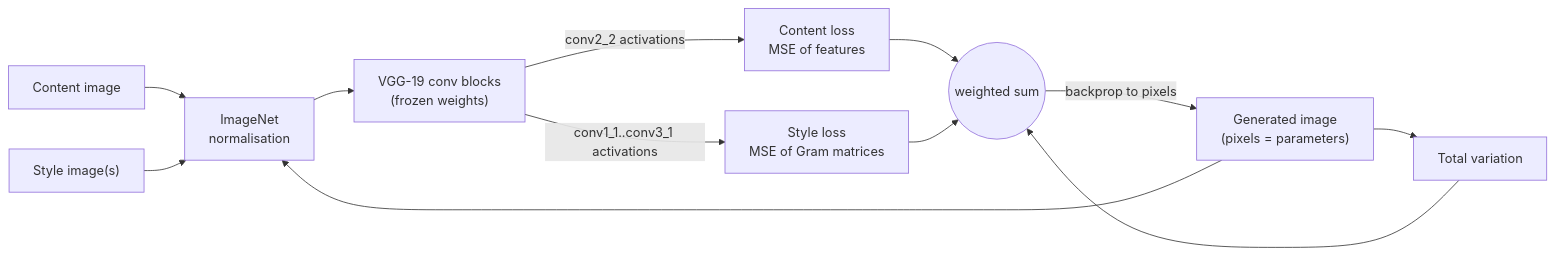
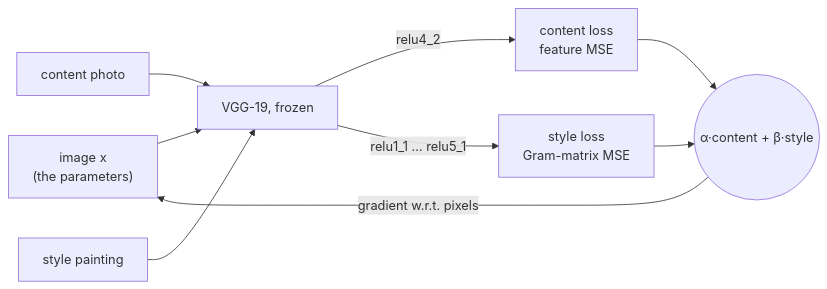
The diagram in README.md (houssammehdi/neural-style-transfer), drawn with Mermaid before and after one commit. The commit also changed other lines of this file and 1 other file, not shown here.

````diff
--- a/README.md
+++ b/README.md
@@ -39,14 +93,11 @@
 ```mermaid
 flowchart LR
-    C[Content image] --> N
-    S["Style image(s)"] --> N
-    X["Generated image<br/>(pixels = parameters)"] --> N[ImageNet<br/>normalisation]
-    N --> V["VGG-19 conv blocks<br/>(frozen weights)"]
-    V -->|conv2_2 activations| CL["Content loss<br/>MSE of features"]
-    V -->|conv1_1..conv3_1 activations| SL["Style loss<br/>MSE of Gram matrices"]
-    X --> TV[Total variation]
-    CL --> L((weighted sum))
+    X["image x<br/>(the parameters)"] --> V["VGG-19, frozen"]
+    C[content photo] --> V
+    S[style painting] --> V
+    V -->|relu4_2| CL["content loss<br/>feature MSE"]
+    V -->|relu1_1 … relu5_1| SL["style loss<br/>Gram-matrix MSE"]
+    CL --> L((α·content + β·style))
     SL --> L
-    TV --> L
-    L -->|backprop to pixels| X
+    L -->|gradient w.r.t. pixels| X
 ```
````
